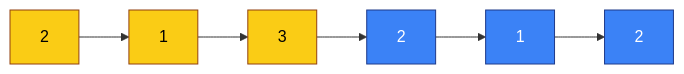
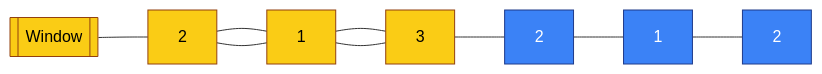
Before and after one commit to bhaskarneerati/coding-mermaid-diagrams: the sixth of 11 diagrams in sliding-window.md, drawn with Mermaid. The commit also changed other lines of this file, not shown here.

````diff
--- a/sliding-window.md
+++ b/sliding-window.md
@@ -104,10 +100,13 @@
 ```mermaid
 flowchart LR
-E1[2] --> E2[1] --> E3[3] --> E4[2] --> E5[1] --> E6[2]
+A1[2] --- A2[1] --- A3[3] --- A4[2] --- A5[1] --- A6[2]
+
+W1[[Window]] --- A1 --- A2 --- A3
 
 classDef base fill:#3b82f6,stroke:#1e3a8a,color:#ffffff;
 classDef window fill:#facc15,stroke:#92400e,color:#000000;
 
-class E1,E2,E3 window;
-class E4,E5,E6 base;
+class A1,A2,A3 window;
+class A4,A5,A6 base;
+class W1 window;
 ```
````
